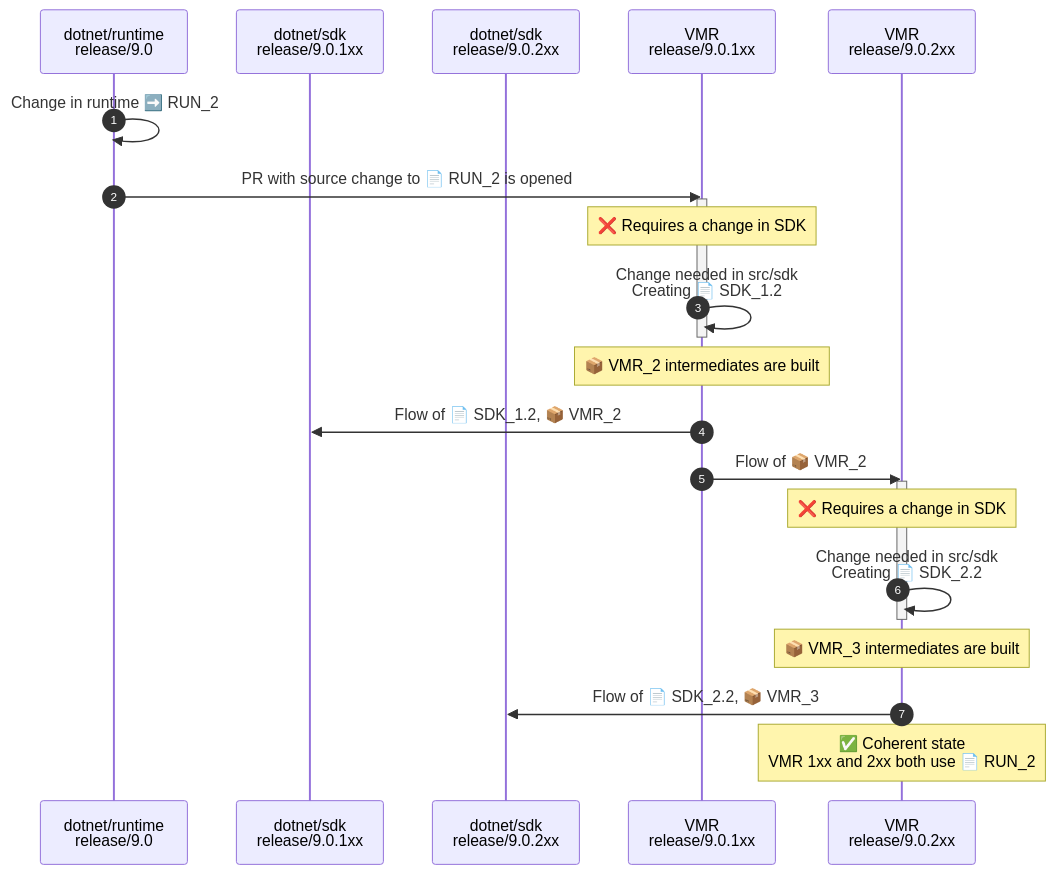
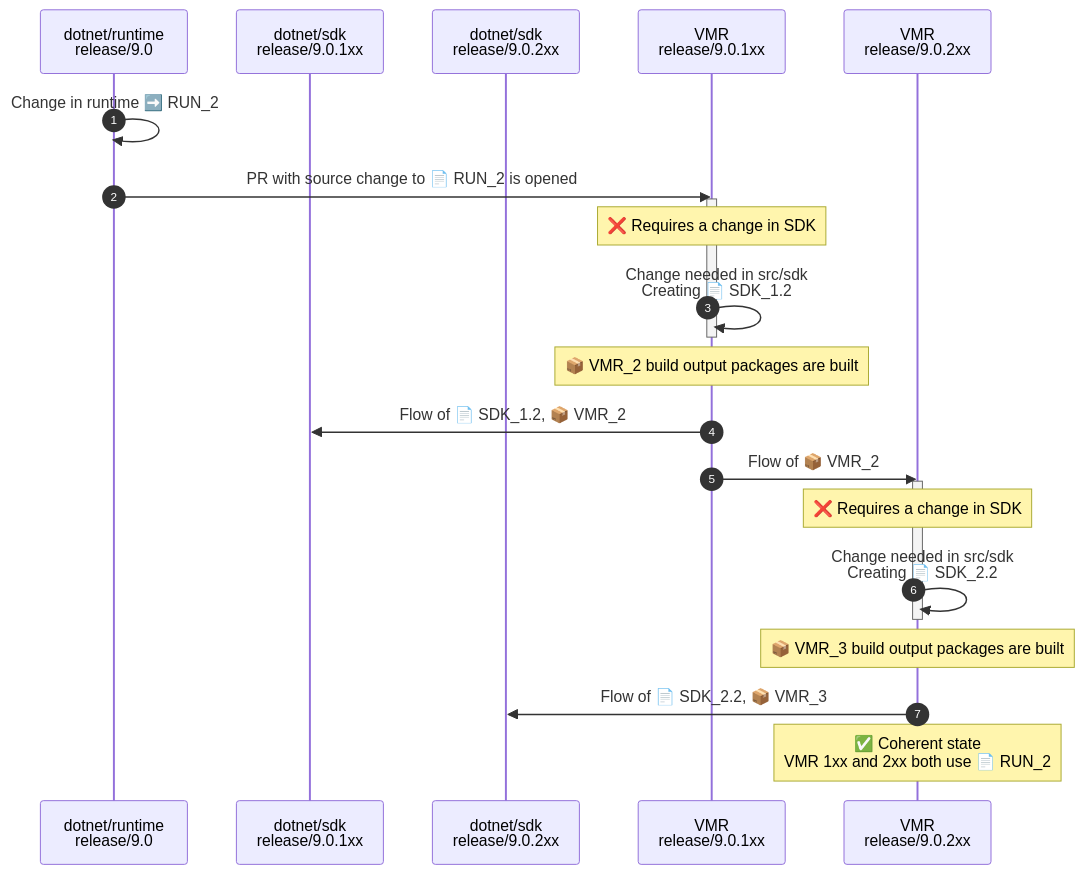
Before and after one commit to dotnet/arcade: the second of 2 diagrams in Documentation/UnifiedBuild/VMR-Managing-SDK-Bands-SDK-branches.md, drawn with Mermaid. The commit also changed other lines of this file and 2 other files, not shown here.

Commit message:
Intermediates -> Build output packages

````diff
--- a/Documentation/UnifiedBuild/VMR-Managing-SDK-Bands-SDK-branches.md
+++ b/Documentation/UnifiedBuild/VMR-Managing-SDK-Bands-SDK-branches.md
@@ -130,31 +130,31 @@
 ```mermaid
 sequenceDiagram
     autonumber
 
     participant runtime as dotnet/runtime<br />release/9.0
     participant SDK_1xx as dotnet/sdk<br />release/9.0.1xx
     participant SDK_2xx as dotnet/sdk<br />release/9.0.2xx
     participant VMR_1xx as VMR<br />release/9.0.1xx
     participant VMR_2xx as VMR<br />release/9.0.2xx
 
     runtime->>runtime: Change in runtime ➡️ RUN_2
 
     runtime->>VMR_1xx: PR with source change to 📄 RUN_2 is opened
     activate VMR_1xx
     Note over VMR_1xx: ❌ Requires a change in SDK
     VMR_1xx->>VMR_1xx: Change needed in src/sdk<br />Creating 📄 SDK_1.2
     deactivate VMR_1xx
-    Note over VMR_1xx: 📦 VMR_2 intermediates are built
+    Note over VMR_1xx: 📦 VMR_2 build output packages are built
 
     VMR_1xx->>SDK_1xx: Flow of 📄 SDK_1.2, 📦 VMR_2
 
     VMR_1xx->>VMR_2xx: Flow of 📦 VMR_2
     activate VMR_2xx
     Note over VMR_2xx: ❌ Requires a change in SDK
     VMR_2xx->>VMR_2xx: Change needed in src/sdk<br />Creating 📄 SDK_2.2
     deactivate VMR_2xx
-    Note over VMR_2xx: 📦 VMR_3 intermediates are built
+    Note over VMR_2xx: 📦 VMR_3 build output packages are built
     VMR_2xx->>SDK_2xx: Flow of 📄 SDK_2.2, 📦 VMR_3
 
     Note over VMR_2xx: ✅ Coherent state<br />VMR 1xx and 2xx both use 📄 RUN_2
 ```
````
